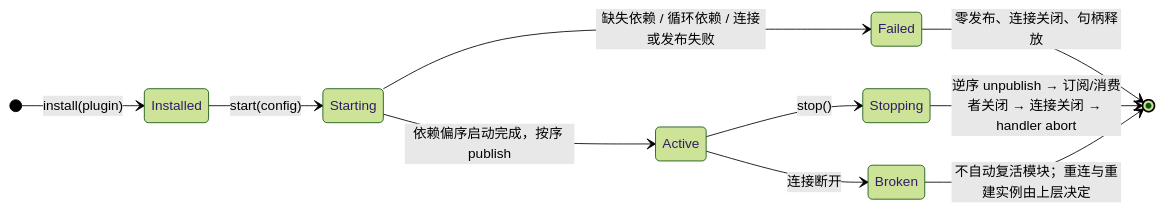
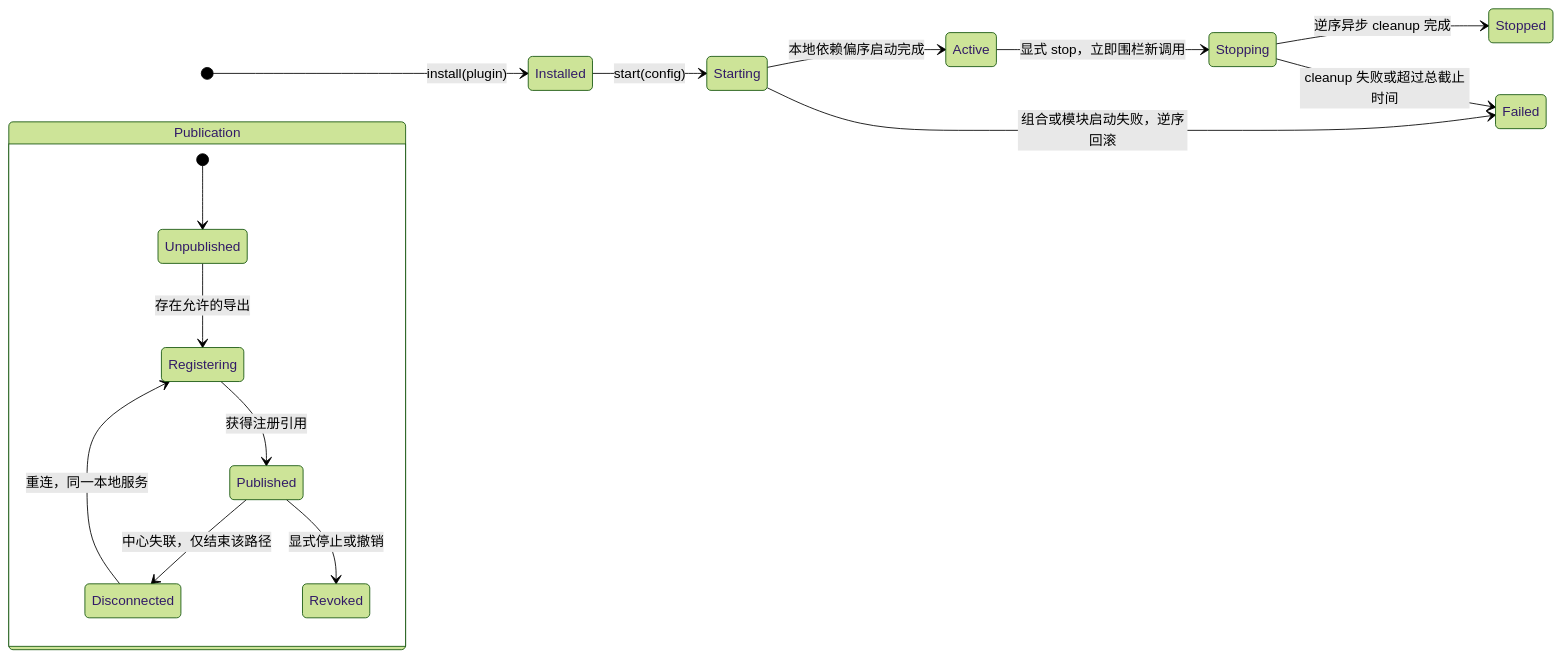
One commit to lszio/conex changed the diagram in docs/contracts/s2-plugins.md. Above: the diagram before and after it, drawn with Mermaid (forest theme). The commit also changed other lines of this file and 277 other files, not shown here.

````diff
--- a/docs/contracts/s2-plugins.md
+++ b/docs/contracts/s2-plugins.md
@@ -38,13 +38,19 @@
 ```mermaid
 stateDiagram-v2
     direction LR
     [*] --> Installed: install(plugin)
     Installed --> Starting: start(config)
-    Starting --> Active: 依赖偏序启动完成，按序 publish
-    Starting --> Failed: 缺失依赖 / 循环依赖 / 连接或发布失败
-    Failed --> [*]: 零发布、连接关闭、句柄释放
-    Active --> Stopping: stop()
-    Stopping --> [*]: 逆序 unpublish → 订阅/消费者关闭 → 连接关闭 → handler abort
-    Active --> Broken: 连接断开
-    Broken --> [*]: 不自动复活模块；重连与重建实例由上层决定
+    Starting --> Active: 本地依赖偏序启动完成
+    Starting --> Failed: 组合或模块启动失败，逆序回滚
+    Active --> Stopping: 显式 stop，立即围栏新调用
+    Stopping --> Stopped: 逆序异步 cleanup 完成
+    Stopping --> Failed: cleanup 失败或超过总截止时间
+    state Publication {
+        [*] --> Unpublished
+        Unpublished --> Registering: 存在允许的导出
+        Registering --> Published: 获得注册引用
+        Published --> Disconnected: 中心失联，仅结束该路径
+        Disconnected --> Registering: 重连，同一本地服务
+        Published --> Revoked: 显式停止或撤销
+    }
 ```
````
